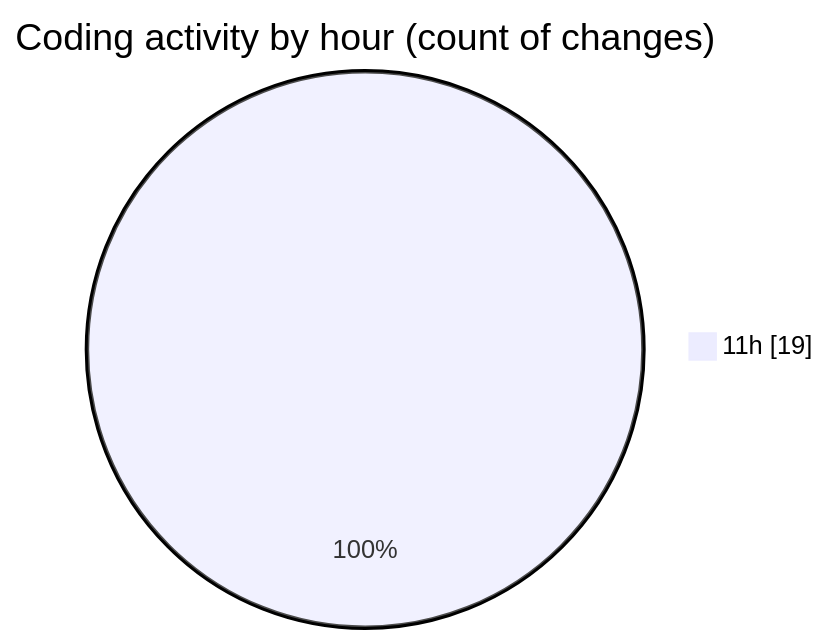
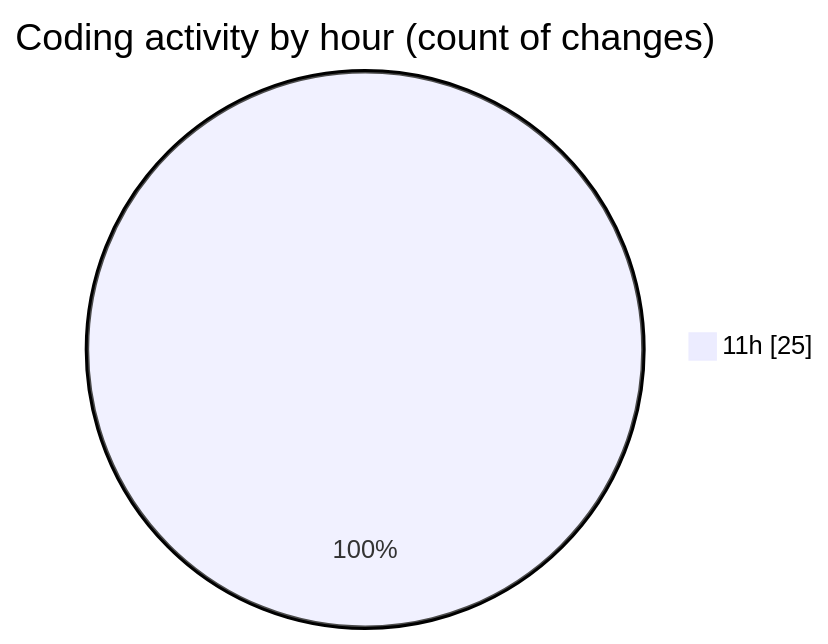
Before and after one commit to nxtqubesakshisongat/code-tracking: the second of 2 diagrams in 2025-08-13/nxtqube_webapp/README.md, drawn with Mermaid. The commit also changed other lines of this file and 1 other file, not shown here.

````diff
--- a/2025-08-13/nxtqube_webapp/README.md
+++ b/2025-08-13/nxtqube_webapp/README.md
@@ -32,5 +32,5 @@
 ```mermaid
 pie showData
 title Coding activity by hour (count of changes)
-"11h" : 19
+"11h" : 25
 ```
````
